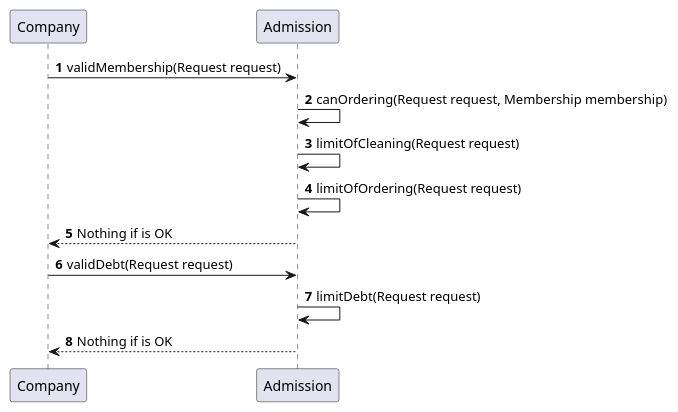
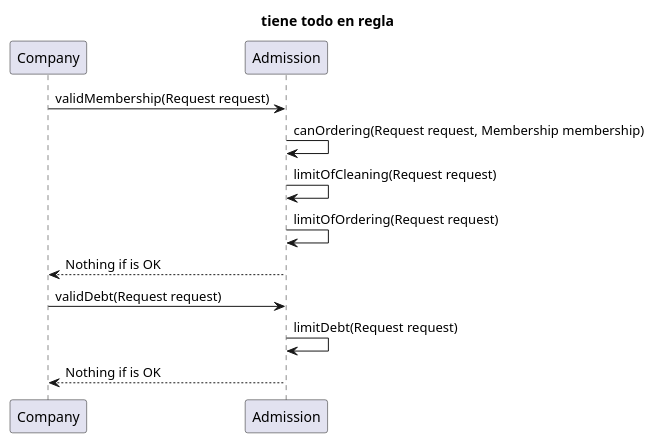
One commit to Grupo-3-Labo-y-prog/RobotsTP changed the diagram in src/Admission.puml. Above: the diagram before and after it, drawn with PlantUML. The commit also changed 3 other files, not shown here.

```diff
--- a/src/Admission.puml
+++ b/src/Admission.puml
@@ -1,26 +1,26 @@
 @startuml
 'https://plantuml.com/sequence-diagram
 
-autonumber
+title tiene todo en regla
 
 Company -> Admission: validMembership(Request request)
 Admission -> Admission: canOrdering(Request request, Membership membership)
 /'Admission -> Request: getRequestTasks()
 Request --> Admission: ArrayList<Tasks>
 Admission -> Membership: isCanOrdering()
 Membership --> Admission: boolean'/
 Admission -> Admission: limitOfCleaning(Request request)
 /'Admission ->Request:getClient().getCleaning()
 Request --> Admission: int
 Admission -> Request: getClient().getMembership().getLimitCleaning()
 Request --> Admission: int'/
 Admission -> Admission: limitOfOrdering(Request request)
 /'Admission -> Request: getClient().getOrdering
 Request --> Admission: int
 Admission -> Request:getClient().getMembership.getLimitOrdering
 Request --> Admission:int'/
 Admission --> Company: Nothing if is OK
 Company -> Admission: validDebt(Request request)
 Admission -> Admission: limitDebt(Request request)
 Admission --> Company: Nothing if is OK
 @enduml
```
